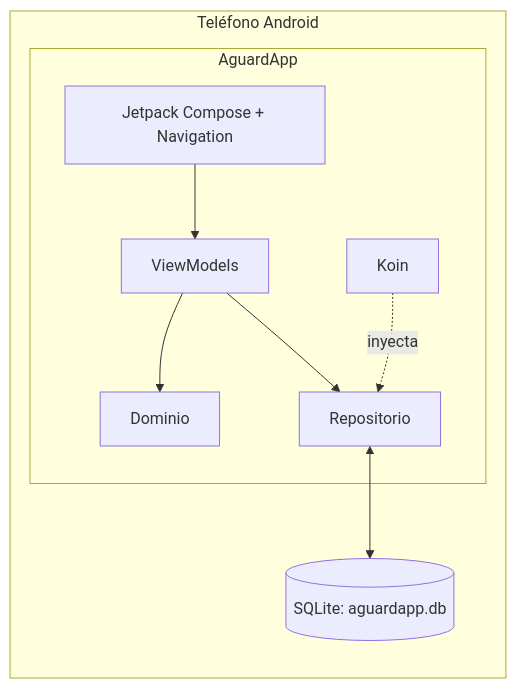
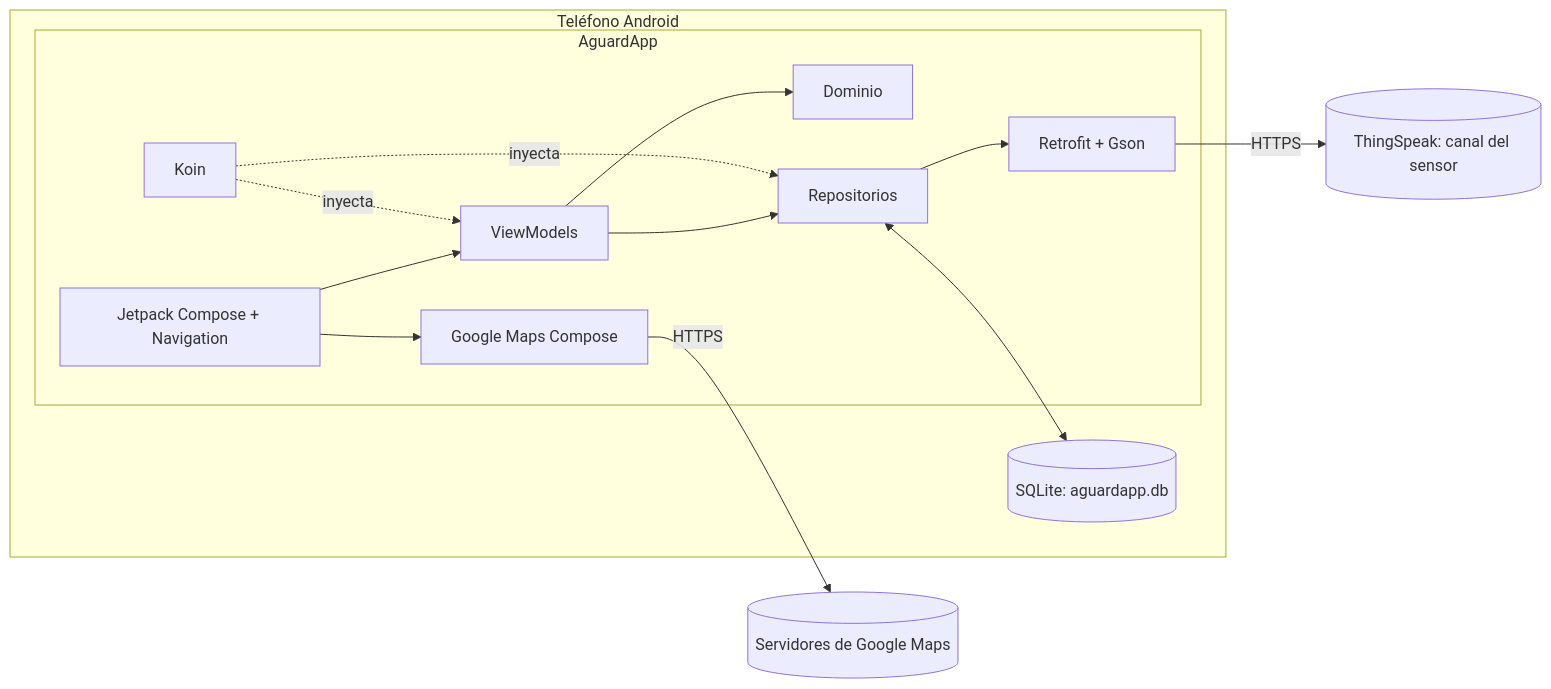
Diagram 19 of 21 in informes/FD04-SAD.md (Cristhian465/Aguarda), drawn with Mermaid before and after one commit. The commit also changed other lines of this file and 5 other files, not shown here.

````diff
--- a/informes/FD04-SAD.md
+++ b/informes/FD04-SAD.md
@@ -649,19 +789,28 @@
 ```mermaid
 flowchart LR
     subgraph DEVICE[Teléfono Android]
       subgraph APK[AguardApp]
         UI[Jetpack Compose + Navigation]
         VM[ViewModels]
         KOIN[Koin]
         DOMAIN[Dominio]
-        REPO[Repositorio]
+        REPO[Repositorios]
+        MAPS[Google Maps Compose]
+        RETRO[Retrofit + Gson]
       end
       LOCAL[(SQLite: aguardapp.db)]
     end
+    GMAPS[(Servidores de Google Maps)]
+    TS[(ThingSpeak: canal del sensor)]
 
     UI --> VM
+    UI --> MAPS
     VM --> DOMAIN
     VM --> REPO
     KOIN -. inyecta .-> REPO
+    KOIN -. inyecta .-> VM
     REPO <--> LOCAL
+    REPO --> RETRO
+    RETRO -- HTTPS --> TS
+    MAPS -- HTTPS --> GMAPS
 ```
````
